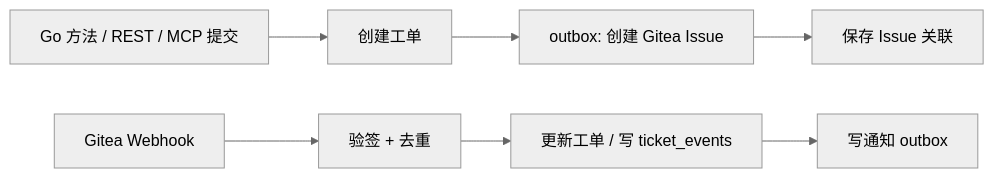
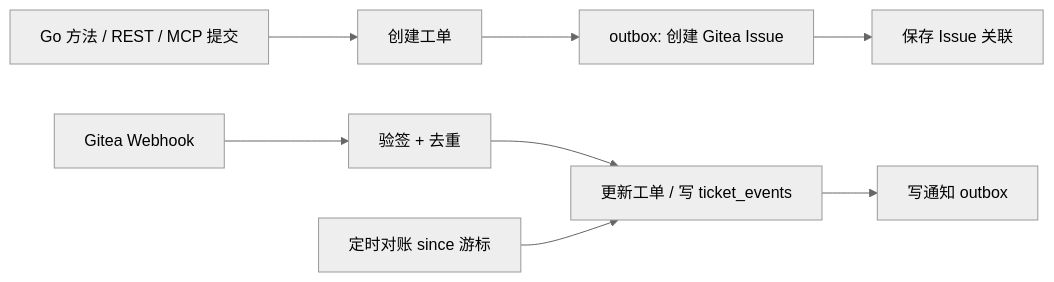
Before and after one commit to zhouhao4221/lingo: the eighth of 9 diagrams in docs/requirements/PRD.md, drawn with Mermaid. The commit also changed other lines of this file and 5 other files, not shown here.

````diff
--- a/docs/requirements/PRD.md
+++ b/docs/requirements/PRD.md
@@ -457,10 +611,11 @@
 ```mermaid
 %%{init: {'theme':'neutral'}}%%
 flowchart LR
   A[Go 方法 / REST / MCP 提交] --> B[创建工单]
   B --> C[outbox: 创建 Gitea Issue]
   C --> D[保存 Issue 关联]
   E[Gitea Webhook] --> F[验签 + 去重]
   F --> G[更新工单 / 写 ticket_events]
   G --> H[写通知 outbox]
+  I[定时对账 since 游标] --> G
 ```
````
